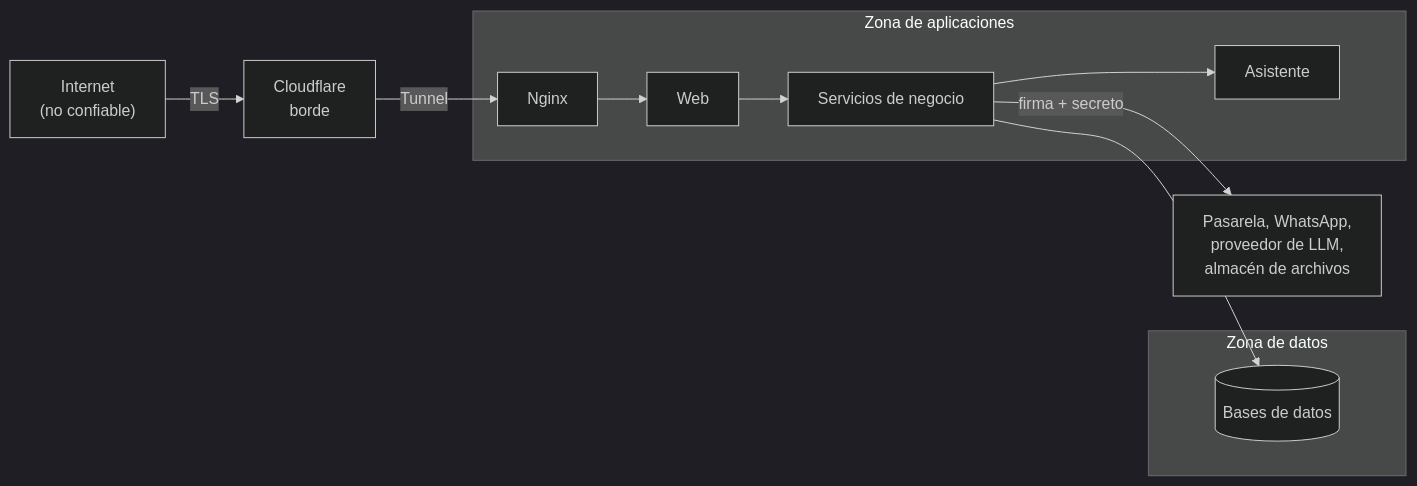
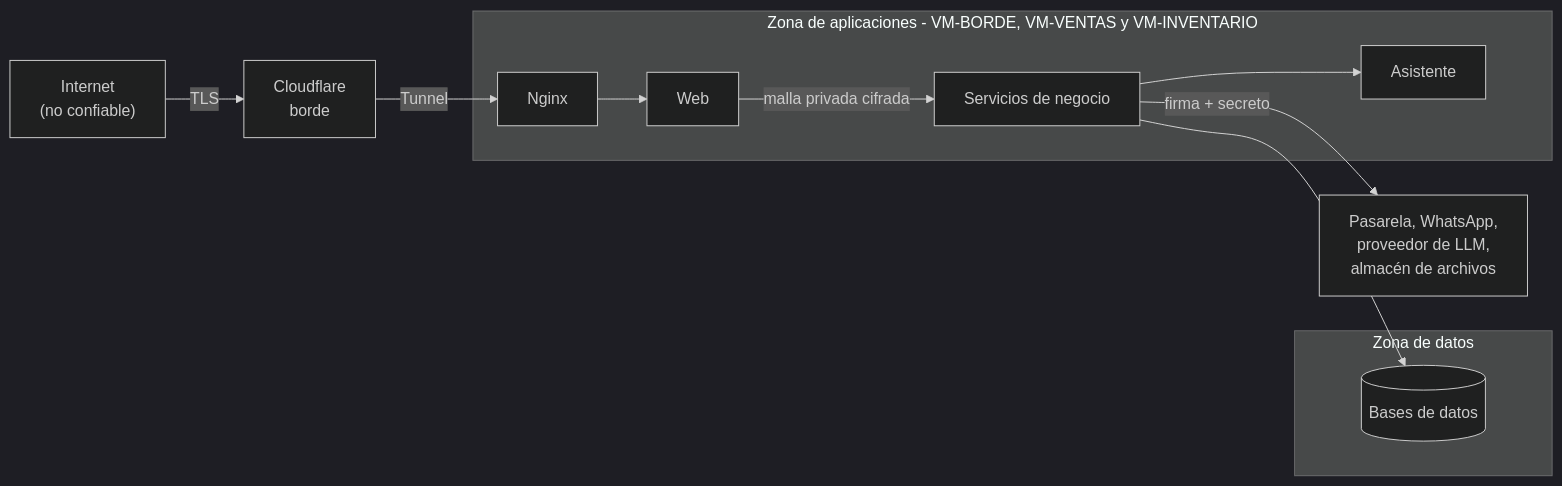
Before and after one commit to P35C4D0R4B1050/BabelHub: the diagram in docs/05-seguridad/01-modelo-de-amenazas.md, drawn with Mermaid (dark theme). The commit also changed other lines of this file and 24 other files, not shown here.

````diff
--- a/docs/05-seguridad/01-modelo-de-amenazas.md
+++ b/docs/05-seguridad/01-modelo-de-amenazas.md
@@ -20,15 +20,15 @@
 ```mermaid
 flowchart LR
 INT["Internet<br/>(no confiable)"] -->|"TLS"| CF["Cloudflare<br/>borde"]
 CF -->|"Tunnel"| NG["Nginx"]
-subgraph APP["Zona de aplicaciones"]
+subgraph APP["Zona de aplicaciones - VM-BORDE, VM-VENTAS y VM-INVENTARIO"]
 NG --> WEB["Web"]
-WEB --> SVC["Servicios de negocio"]
+WEB -->|"malla privada cifrada"| SVC["Servicios de negocio"]
 SVC --> AI["Asistente"]
 end
 subgraph DAT["Zona de datos"]
 DB[("Bases de datos")]
 end
 SVC --> DB
 SVC -->|"firma + secreto"| EXT["Pasarela, WhatsApp,<br/>proveedor de LLM,<br/>almacén de archivos"]
 ```
````
